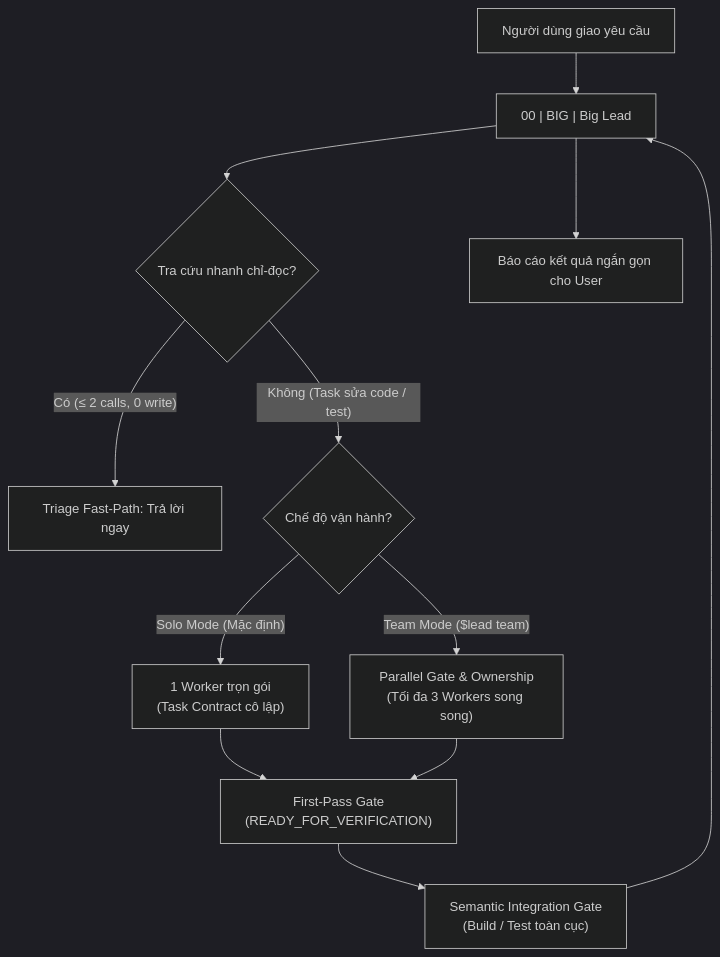
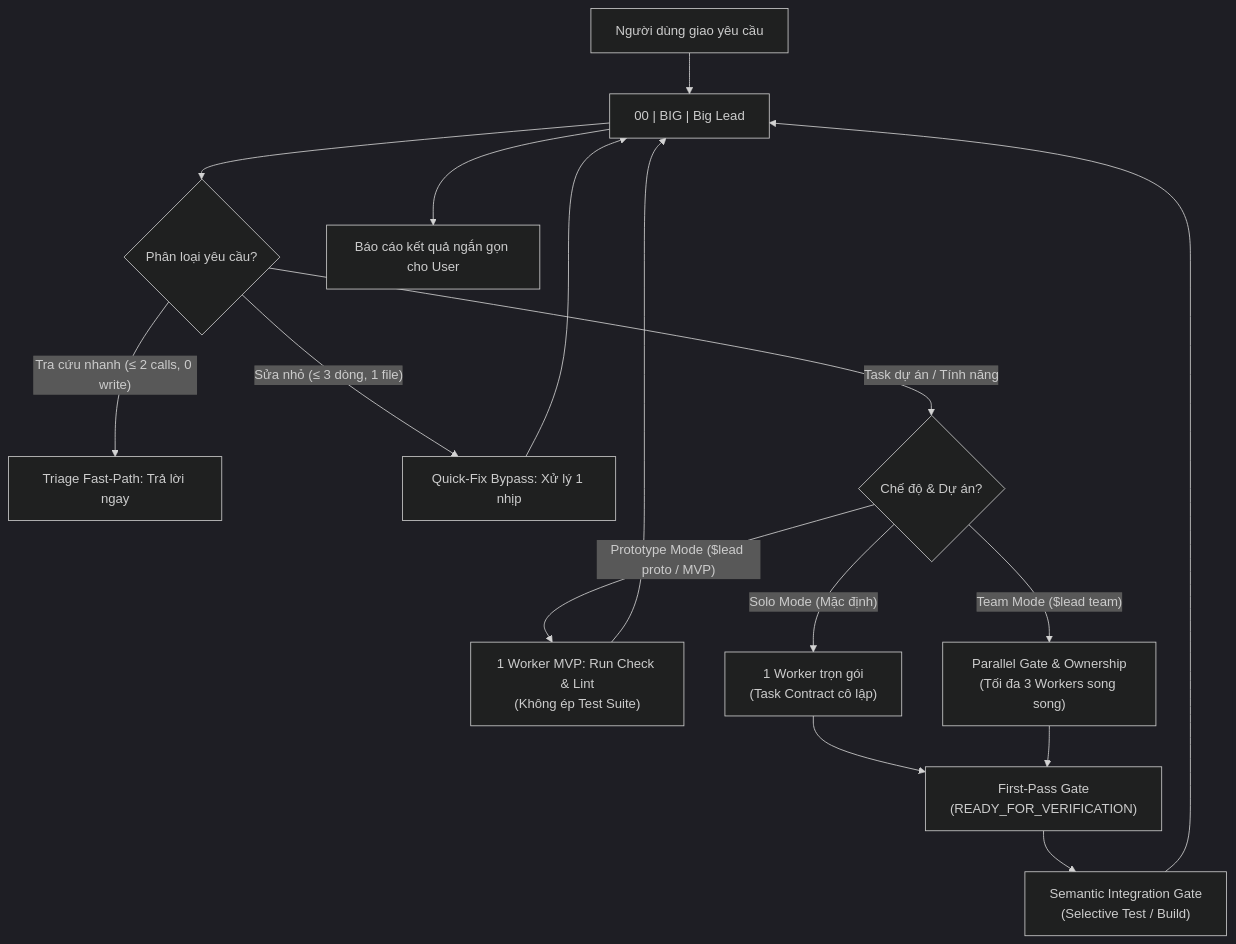
Before and after one commit to TINVO04/codex-agent-team-lead: the diagram in README.md, drawn with Mermaid (dark theme). The commit also changed other lines of this file and 5 other files, not shown here.

Commit message:
feat: add adaptive mechanisms (Quick-Fix Bypass, Prototype Mode, Selective Monorepo Testing)

````diff
--- a/README.md
+++ b/README.md
@@ -99,16 +111,20 @@
 ```mermaid
 flowchart TD
     U["Người dùng giao yêu cầu"] --> B["00 | BIG | Big Lead"]
-    B --> Triage{"Tra cứu nhanh chỉ-đọc?"}
-    Triage -- "Có (≤ 2 calls, 0 write)" --> Fast["Triage Fast-Path: Trả lời ngay"]
-    Triage -- "Không (Task sửa code / test)" --> Mode{"Chế độ vận hành?"}
+    B --> Triage{"Phân loại yêu cầu?"}
+    Triage -- "Tra cứu nhanh (≤ 2 calls, 0 write)" --> Fast["Triage Fast-Path: Trả lời ngay"]
+    Triage -- "Sửa nhỏ (≤ 3 dòng, 1 file)" --> QF["Quick-Fix Bypass: Xử lý 1 nhịp"]
+    Triage -- "Task dự án / Tính năng" --> Mode{"Chế độ & Dự án?"}
     
+    Mode -- "Prototype Mode ($lead proto / MVP)" --> Proto["1 Worker MVP: Run Check & Lint\n(Không ép Test Suite)"]
     Mode -- "Solo Mode (Mặc định)" --> S["1 Worker trọn gói\n(Task Contract cô lập)"]
     Mode -- "Team Mode ($lead team)" --> M["Parallel Gate & Ownership\n(Tối đa 3 Workers song song)"]
     
+    Proto --> B
+    QF --> B
     S --> V["First-Pass Gate\n(READY_FOR_VERIFICATION)"]
     M --> V
-    V --> Int["Semantic Integration Gate\n(Build / Test toàn cục)"]
+    V --> Int["Semantic Integration Gate\n(Selective Test / Build)"]
     Int --> B
     B --> O["Báo cáo kết quả ngắn gọn cho User"]
 ```
````
